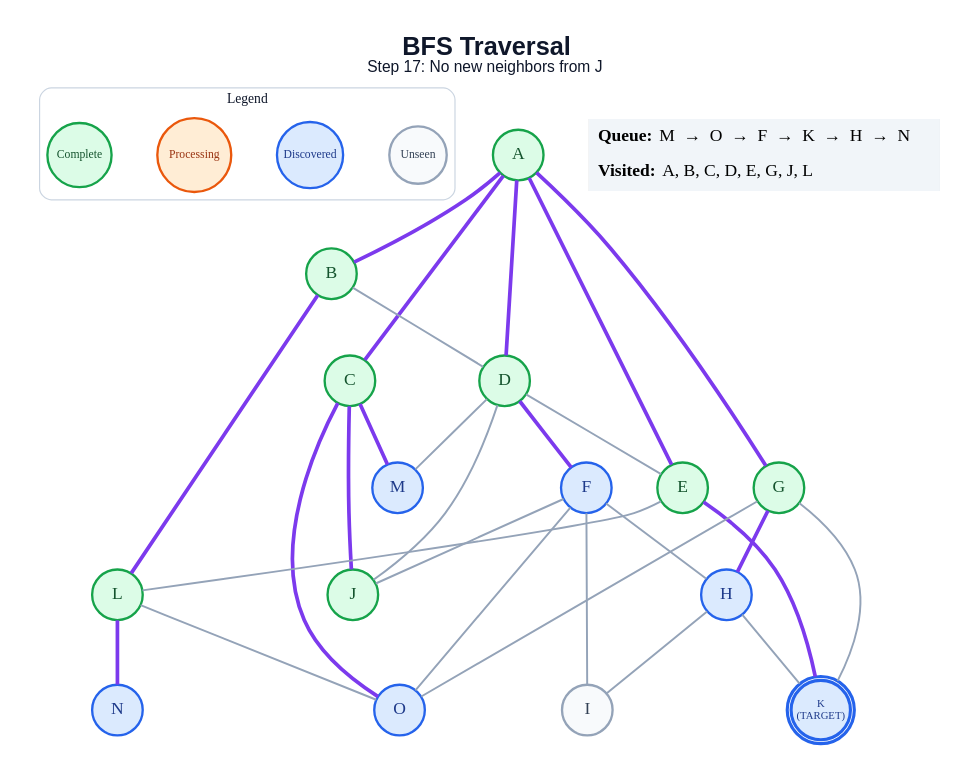
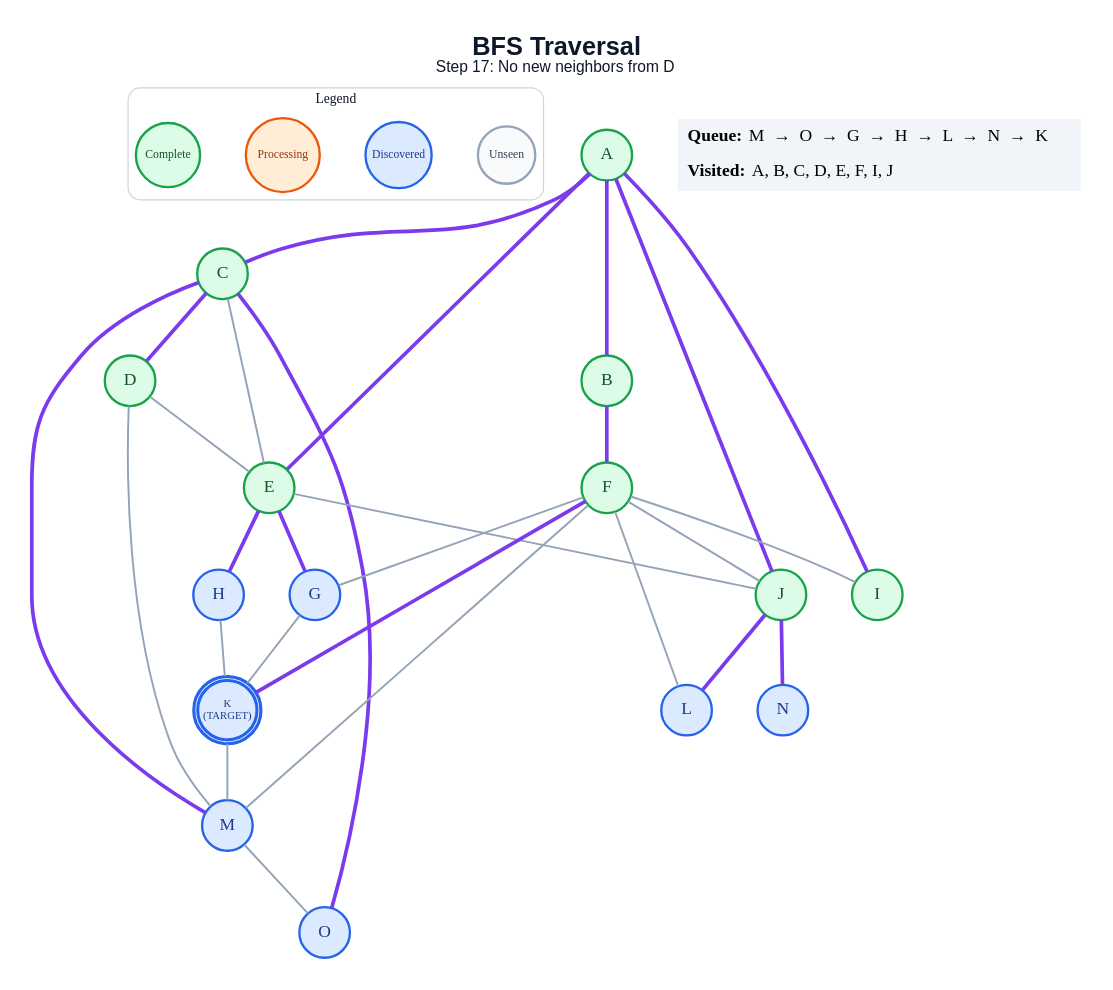
One commit to anon7238593-create/ai-slop changed the diagram in generated/specific-node/bfs/step_17.dot. Above: the diagram before and after it, drawn with Graphviz. The commit also changed 278 other files, not shown here.

```diff
--- a/generated/specific-node/bfs/step_17.dot
+++ b/generated/specific-node/bfs/step_17.dot
@@ -1,61 +1,61 @@
 graph traversal {
   graph [layout=dot, rankdir=TB, bgcolor="#FFFFFF", pad="0.35", nodesep="0.65", ranksep="0.8", fontname="Arial"];
   node [shape=circle, style="filled", fontname="Arial Bold", fontsize=18, width=0.72, fixedsize=true, penwidth=2.4];
   edge [color="#94A3B8", penwidth=2.0];
-  label=<<B>BFS Traversal</B><BR/><FONT POINT-SIZE="16">Step 17: No new neighbors from J</FONT>>; labelloc="t"; fontsize=26; fontname="Arial"; fontcolor="#0F172A";
+  label=<<B>BFS Traversal</B><BR/><FONT POINT-SIZE="16">Step 17: No new neighbors from D</FONT>>; labelloc="t"; fontsize=26; fontname="Arial"; fontcolor="#0F172A";
   subgraph cluster_legend { label="Legend"; color="#CBD5E1"; penwidth=1.2; style="rounded"; fontsize=14; fontname="Arial Bold";
     key_unseen [label="Unseen", fillcolor="#F8FAFC", color="#94A3B8", fontcolor="#334155", fontsize=12, width=0.82];
     key_frontier [label="Discovered", fillcolor="#DBEAFE", color="#2563EB", fontcolor="#1E3A8A", fontsize=12, width=0.95];
     key_current [label="Processing", fillcolor="#FFEDD5", color="#EA580C", fontcolor="#9A3412", fontsize=12, width=1.05];
     key_done [label="Complete", fillcolor="#DCFCE7", color="#16A34A", fontcolor="#14532D", fontsize=12, width=0.92];
     { rank=same; key_unseen; key_frontier; key_current; key_done; }
   }
   A [label="A", fillcolor="#DCFCE7", color="#16A34A", fontcolor="#14532D", peripheries=1, penwidth=2.4];
   B [label="B", fillcolor="#DCFCE7", color="#16A34A", fontcolor="#14532D", peripheries=1, penwidth=2.4];
   C [label="C", fillcolor="#DCFCE7", color="#16A34A", fontcolor="#14532D", peripheries=1, penwidth=2.4];
   D [label="D", fillcolor="#DCFCE7", color="#16A34A", fontcolor="#14532D", peripheries=1, penwidth=2.4];
   E [label="E", fillcolor="#DCFCE7", color="#16A34A", fontcolor="#14532D", peripheries=1, penwidth=2.4];
-  F [label="F", fillcolor="#DBEAFE", color="#2563EB", fontcolor="#1E3A8A", peripheries=1, penwidth=2.4];
-  G [label="G", fillcolor="#DCFCE7", color="#16A34A", fontcolor="#14532D", peripheries=1, penwidth=2.4];
+  F [label="F", fillcolor="#DCFCE7", color="#16A34A", fontcolor="#14532D", peripheries=1, penwidth=2.4];
+  G [label="G", fillcolor="#DBEAFE", color="#2563EB", fontcolor="#1E3A8A", peripheries=1, penwidth=2.4];
   H [label="H", fillcolor="#DBEAFE", color="#2563EB", fontcolor="#1E3A8A", peripheries=1, penwidth=2.4];
-  I [label="I", fillcolor="#F8FAFC", color="#94A3B8", fontcolor="#334155", peripheries=1, penwidth=2.4];
+  I [label="I", fillcolor="#DCFCE7", color="#16A34A", fontcolor="#14532D", peripheries=1, penwidth=2.4];
   J [label="J", fillcolor="#DCFCE7", color="#16A34A", fontcolor="#14532D", peripheries=1, penwidth=2.4];
   K [label="K\n(TARGET)", fillcolor="#DBEAFE", color="#2563EB", fontcolor="#1E3A8A", peripheries=2, penwidth=3.2, fontsize=11, width=0.85, height=0.85];
-  L [label="L", fillcolor="#DCFCE7", color="#16A34A", fontcolor="#14532D", peripheries=1, penwidth=2.4];
+  L [label="L", fillcolor="#DBEAFE", color="#2563EB", fontcolor="#1E3A8A", peripheries=1, penwidth=2.4];
   M [label="M", fillcolor="#DBEAFE", color="#2563EB", fontcolor="#1E3A8A", peripheries=1, penwidth=2.4];
   N [label="N", fillcolor="#DBEAFE", color="#2563EB", fontcolor="#1E3A8A", peripheries=1, penwidth=2.4];
   O [label="O", fillcolor="#DBEAFE", color="#2563EB", fontcolor="#1E3A8A", peripheries=1, penwidth=2.4];
   A -- B [color="#7C3AED", penwidth=3.8];
   A -- C [color="#7C3AED", penwidth=3.8];
-  A -- D [color="#7C3AED", penwidth=3.8];
   A -- E [color="#7C3AED", penwidth=3.8];
-  A -- G [color="#7C3AED", penwidth=3.8];
-  B -- D;
-  B -- L [color="#7C3AED", penwidth=3.8];
-  C -- J [color="#7C3AED", penwidth=3.8];
+  A -- I [color="#7C3AED", penwidth=3.8];
+  A -- J [color="#7C3AED", penwidth=3.8];
+  B -- F [color="#7C3AED", penwidth=3.8];
+  C -- D [color="#7C3AED", penwidth=3.8];
+  C -- E;
   C -- M [color="#7C3AED", penwidth=3.8];
   C -- O [color="#7C3AED", penwidth=3.8];
   D -- E;
-  D -- F [color="#7C3AED", penwidth=3.8];
-  D -- J;
   D -- M;
-  E -- K [color="#7C3AED", penwidth=3.8];
-  E -- L;
-  F -- H;
+  E -- G [color="#7C3AED", penwidth=3.8];
+  E -- H [color="#7C3AED", penwidth=3.8];
+  E -- J;
+  F -- G;
   F -- I;
   F -- J;
-  F -- O;
-  G -- H [color="#7C3AED", penwidth=3.8];
+  F -- K [color="#7C3AED", penwidth=3.8];
+  F -- L;
+  F -- M;
   G -- K;
-  G -- O;
-  H -- I;
   H -- K;
-  L -- N [color="#7C3AED", penwidth=3.8];
-  L -- O;
+  J -- L [color="#7C3AED", penwidth=3.8];
+  J -- N [color="#7C3AED", penwidth=3.8];
+  K -- M;
+  M -- O;
   status [shape=plain, fixedsize=false, width=0, height=0, margin=0, label=<
     <TABLE BORDER="0" CELLBORDER="0" CELLPADDING="7" BGCOLOR="#F1F5F9">
-      <TR><TD ALIGN="LEFT"><B>Queue:</B> M  →  O  →  F  →  K  →  H  →  N</TD></TR>
-      <TR><TD ALIGN="LEFT"><B>Visited:</B> A, B, C, D, E, G, J, L</TD></TR>
+      <TR><TD ALIGN="LEFT"><B>Queue:</B> M  →  O  →  G  →  H  →  L  →  N  →  K</TD></TR>
+      <TR><TD ALIGN="LEFT"><B>Visited:</B> A, B, C, D, E, F, I, J</TD></TR>
     </TABLE>
   >];
 }
```
